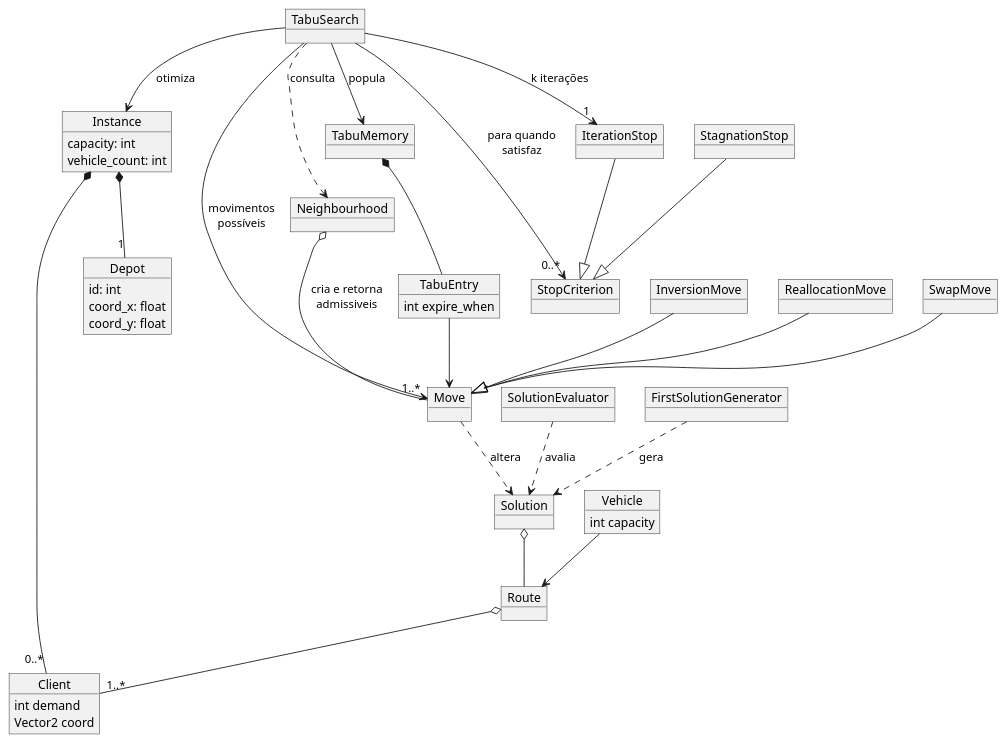
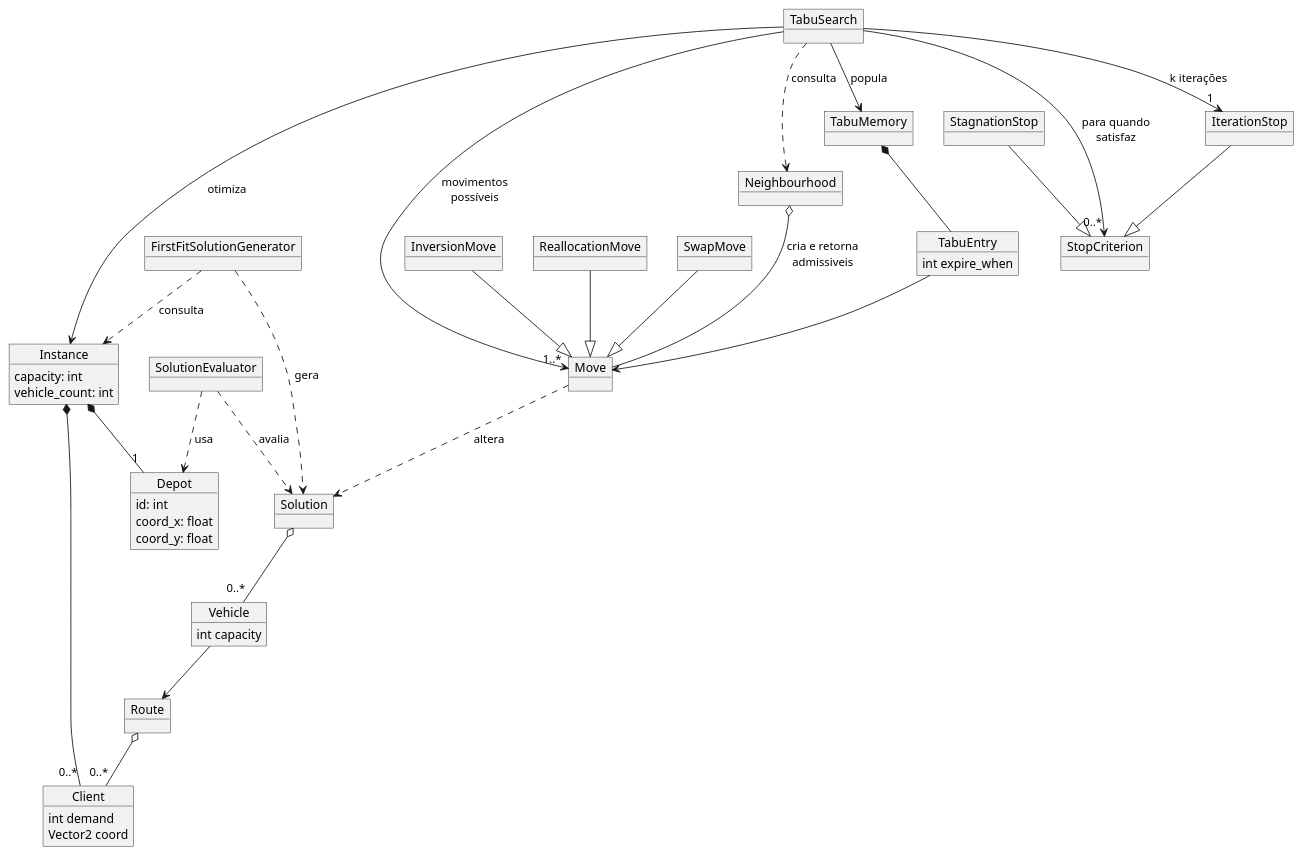
The diagram in docs/domain-model.puml (FelipePassarela/cvrp-tabu-search), drawn with PlantUML before and after one commit. The commit also changed 5 other files, not shown here.

```diff
--- a/docs/domain-model.puml
+++ b/docs/domain-model.puml
@@ -1,70 +1,72 @@
 @startuml
 
 object "TabuSearch" as tabu
 object "Instance" as inst {
     capacity: int
     vehicle_count: int
 }
 
 object "Move" as move
 object "InversionMove" as invmo
 object "ReallocationMove" as remo
 object "SwapMove" as smove
 object "Neighbourhood" as neigh
 
 object "TabuMemory" as tlist
 object "TabuEntry" as tentry {
     int expire_when
 }
 
 object "StopCriterion" as stop
 object "IterationStop" as istop
 object "StagnationStop" as stagstop
 
 object "Client" as client {
     int demand
     Vector2 coord
 }
 object "Depot" as depot {
     id: int
     coord_x: float
     coord_y: float
 }
 object "Route" as rote
 object "Vehicle" as vehi {
     int capacity
 }
 
 object "Solution" as sol
+object "FirstFitSolutionGenerator" as solgen
 object "SolutionEvaluator" as eval
-object "FirstSolutionGenerator" as solgen
 
 inst *-- "0..*" client
 inst *-- "1" depot
 tabu --> inst : otimiza
 
 smove --|> move
 remo --|> move
 invmo --|> move
 move ..> sol : altera
 neigh o-- move : cria e retorna\nadmissiveis
 tabu --> "1..*" move : movimentos\npossíveis
 tabu ..> neigh : consulta
 
 istop --|> stop
 stagstop --|> stop
 tabu --> "0..*" stop : para quando\nsatisfaz
 tabu --> "1" istop : k iterações
 
-rote o-- "1..*" client
+rote o-- "0..*" client
 vehi --> rote
 
-sol o-- rote
+sol o-- "0..*" vehi
+solgen ..> sol : gera
+solgen ..> inst : consulta
 eval ..> sol : avalia
-solgen ..> sol : gera
+eval ..> depot : usa
 
 tentry --> move
 tlist *-- tentry
 tabu --> tlist : popula
 
 @enduml
```
